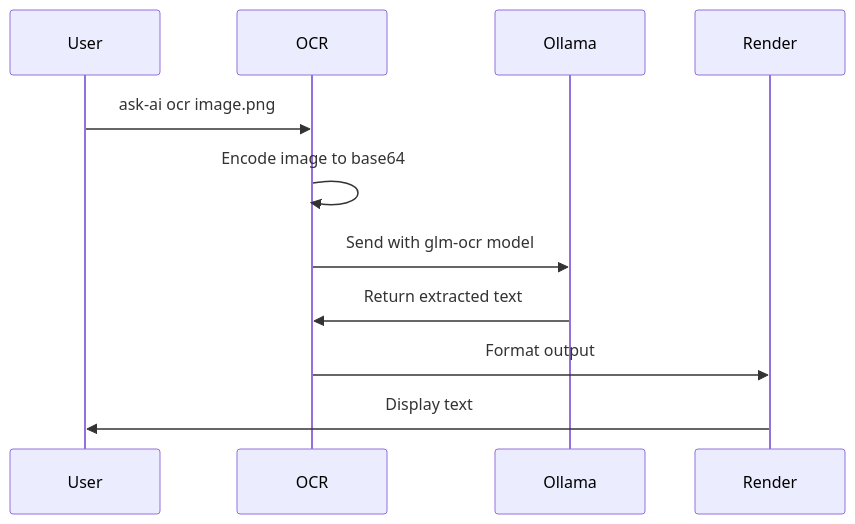
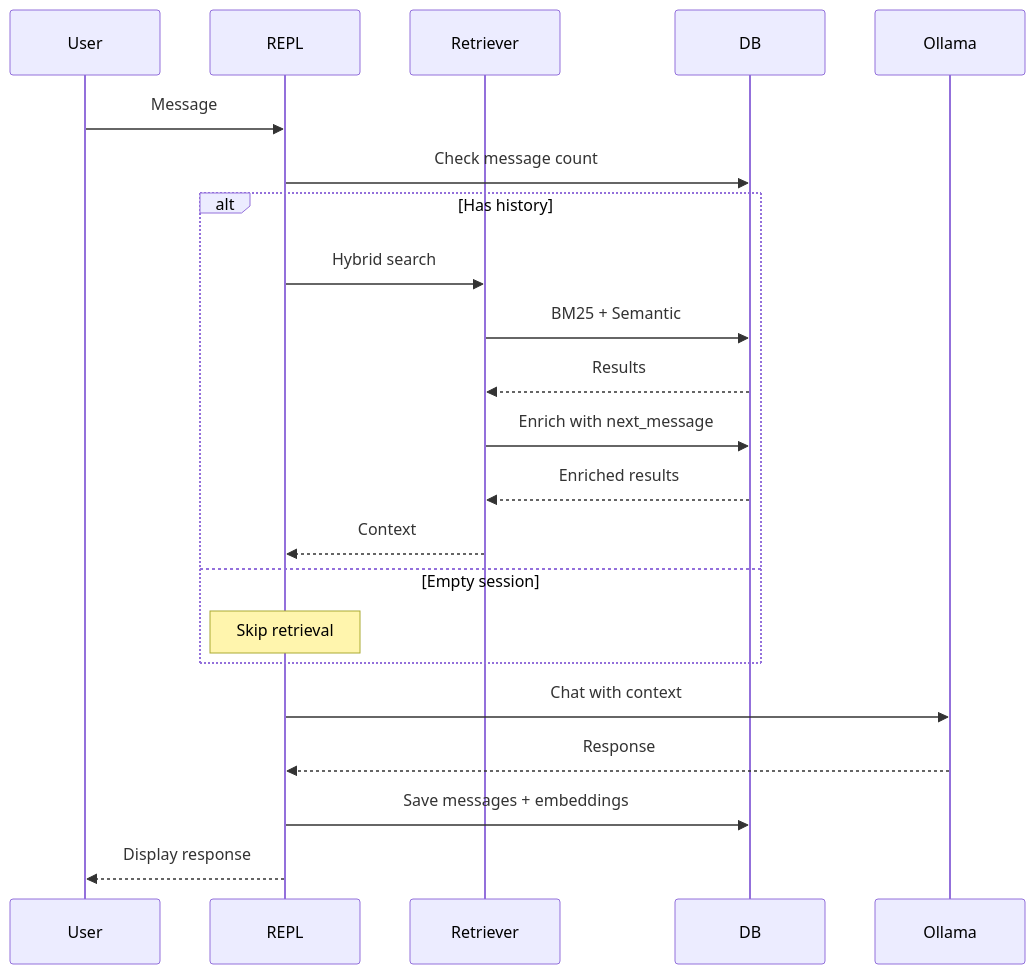
One commit to luksamuk/sprachspiel changed the seventh of 7 diagrams in doc/src/development/architecture.md. Above: the diagram before and after it, drawn with Mermaid. The commit also changed other lines of this file and 41 other files, not shown here.

````diff
--- a/doc/src/development/architecture.md
+++ b/doc/src/development/architecture.md
@@ -219,14 +409,27 @@
 ```mermaid
 sequenceDiagram
     participant User
-    participant OCR
+    participant REPL
+    participant Retriever
+    participant DB
     participant Ollama
-    participant Render
-
-    User->>OCR: ask-ai ocr image.png
-    OCR->>OCR: Encode image to base64
-    OCR->>Ollama: Send with glm-ocr model
-    Ollama->>OCR: Return extracted text
-    OCR->>Render: Format output
-    Render->>User: Display text
+    
+    User->>REPL: Message
+    REPL->>DB: Check message count
+    
+    alt Has history
+        REPL->>Retriever: Hybrid search
+        Retriever->>DB: BM25 + Semantic
+        DB-->>Retriever: Results
+        Retriever->>DB: Enrich with next_message
+        DB-->>Retriever: Enriched results
+        Retriever-->>REPL: Context
+    else Empty session
+        Note over REPL: Skip retrieval
+    end
+    
+    REPL->>Ollama: Chat with context
+    Ollama-->>REPL: Response
+    REPL->>DB: Save messages + embeddings
+    REPL-->>User: Display response
 ```
````
